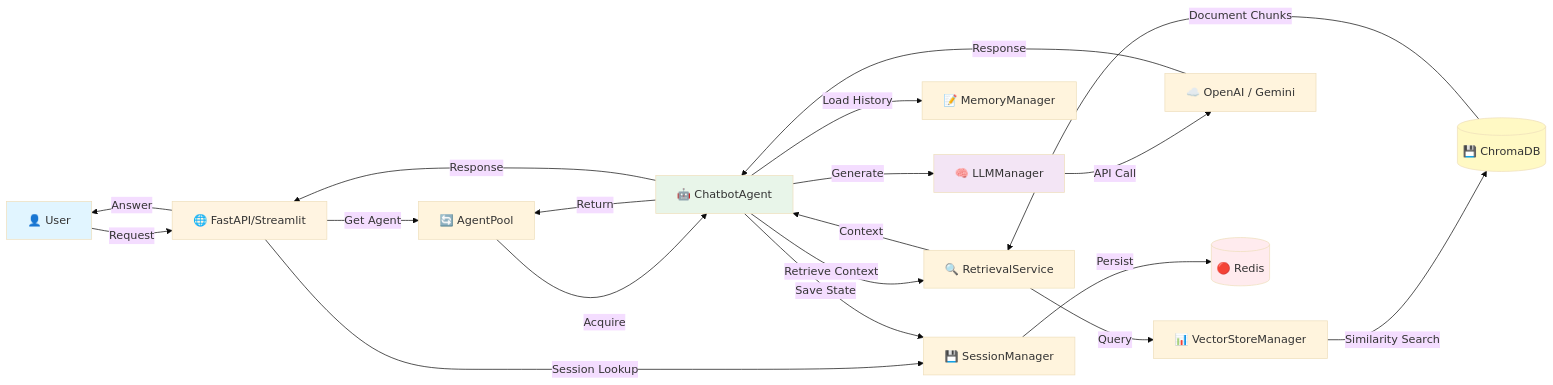
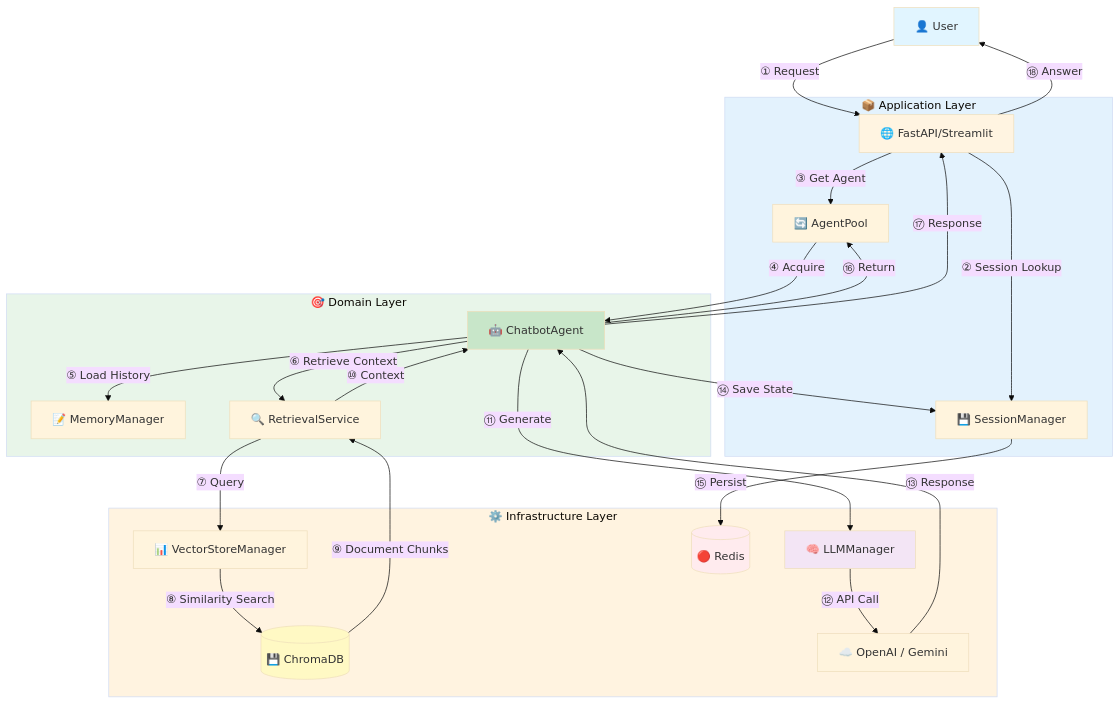
Before and after one commit to kanav-kalra/rag_chatbot: the diagram in rag_chatbot_blog.md, drawn with Mermaid (base theme).

Commit message:
Blog documentation

````diff
--- a/rag_chatbot_blog.md
+++ b/rag_chatbot_blog.md
@@ -115,36 +115,41 @@
 ```mermaid
-graph LR
-    User[👤 User] -->|Request| API[🌐 FastAPI/Streamlit]
+graph TD
+    User[👤 User] -->|"① Request"| API[🌐 FastAPI/Streamlit]
     
-    API -->|Session Lookup| SM[💾 SessionManager]
-    API -->|Get Agent| AP[🔄 AgentPool]
+    subgraph Application["📦 Application Layer"]
+        API -->|"② Session Lookup"| SM[💾 SessionManager]
+        API -->|"③ Get Agent"| AP[🔄 AgentPool]
+    end
     
-    AP -->|Acquire| Agent[🤖 ChatbotAgent]
+    subgraph Domain["🎯 Domain Layer"]
+        AP -->|"④ Acquire"| Agent[🤖 ChatbotAgent]
+        Agent -->|"⑤ Load History"| Mem[📝 MemoryManager]
+        Agent -->|"⑥ Retrieve Context"| Ret[🔍 RetrievalService]
+    end
     
-    Agent -->|Load History| Mem[📝 MemoryManager]
-    Agent -->|Retrieve Context| Ret[🔍 RetrievalService]
+    subgraph Infrastructure["⚙️ Infrastructure Layer"]
+        Ret -->|"⑦ Query"| VSM[📊 VectorStoreManager]
+        VSM -->|"⑧ Similarity Search"| Chroma[(💾 ChromaDB)]
+        Agent -->|"⑪ Generate"| LLM[🧠 LLMManager]
+        LLM -->|"⑫ API Call"| External[☁️ OpenAI / Gemini]
+        SM -->|"⑮ Persist"| Redis[(🔴 Redis)]
+    end
     
-    Ret -->|Query| VSM[📊 VectorStoreManager]
-    VSM -->|Similarity Search| Chroma[(💾 ChromaDB)]
-    
-    Chroma -->|Document Chunks| Ret
-    Ret -->|Context| Agent
-    
-    Agent -->|Generate| LLM[🧠 LLMManager]
-    LLM -->|API Call| External[☁️ OpenAI / Gemini]
-    
-    External -->|Response| Agent
-    Agent -->|Save State| SM
-    SM -->|Persist| Redis[(🔴 Redis)]
-    
-    Agent -->|Return| AP
-    Agent -->|Response| API
-    API -->|Answer| User
+    Chroma -->|"⑨ Document Chunks"| Ret
+    Ret -->|"⑩ Context"| Agent
+    External -->|"⑬ Response"| Agent
+    Agent -->|"⑭ Save State"| SM
+    Agent -->|"⑯ Return"| AP
+    Agent -->|"⑰ Response"| API
+    API -->|"⑱ Answer"| User
     
     style User fill:#e1f5ff
     style API fill:#fff4e1
-    style Agent fill:#e8f5e9
+    style Application fill:#e3f2fd
+    style Domain fill:#e8f5e9
+    style Infrastructure fill:#fff3e0
+    style Agent fill:#c8e6c9
     style LLM fill:#f3e5f5
     style Chroma fill:#fff9c4
     style Redis fill:#ffebee
 ```
````
